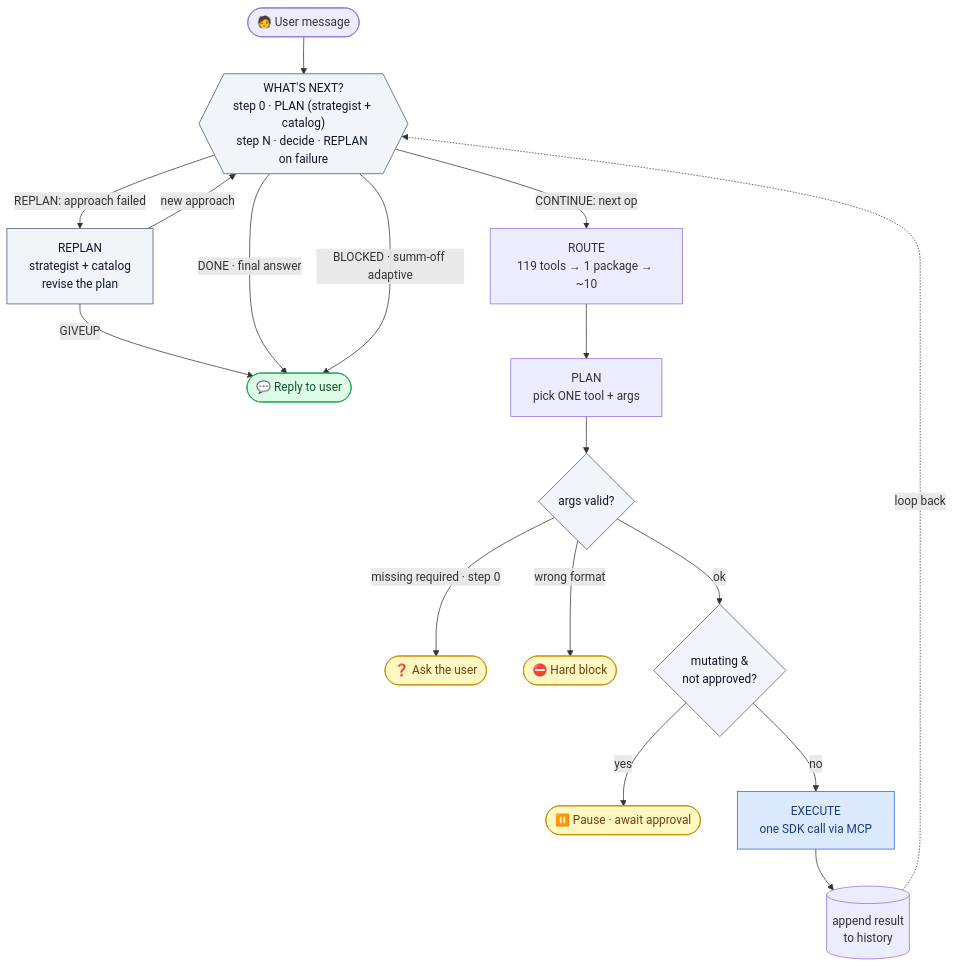
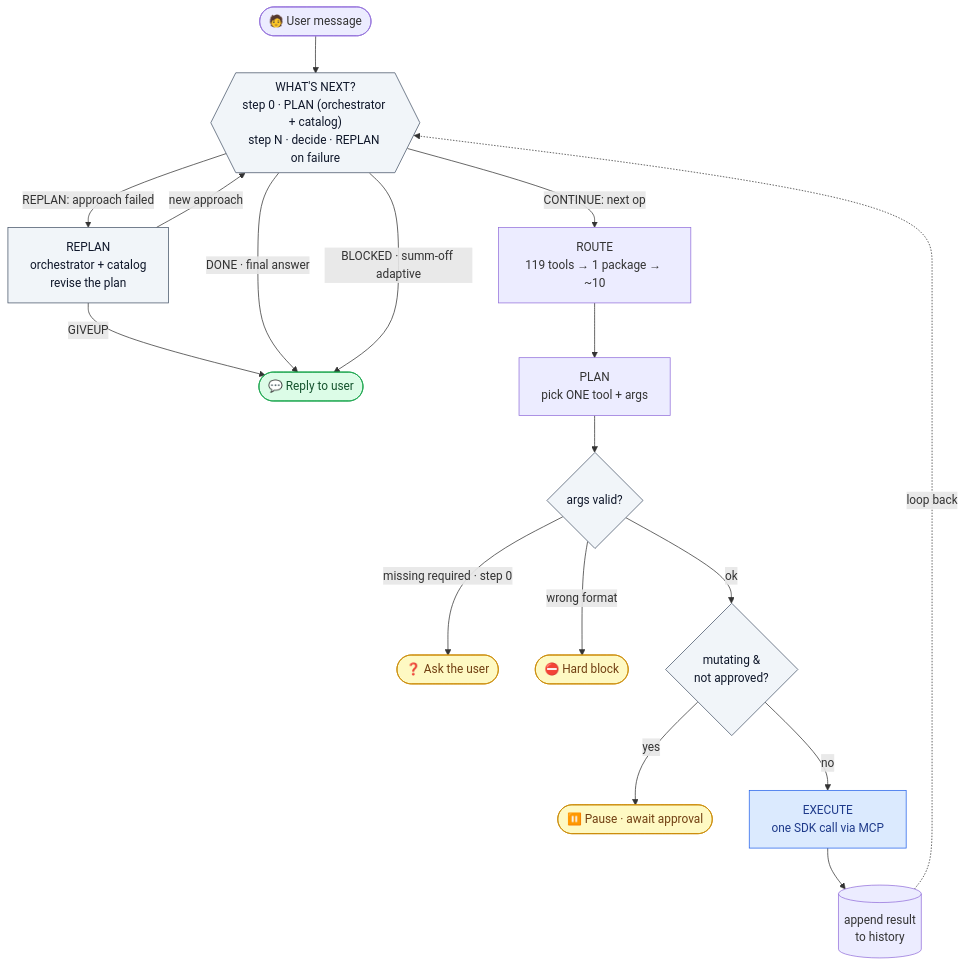
Before and after one commit to hnegi01/fes-assistant: the second of 2 diagrams in AGENT_ARCHITECTURE.md, drawn with Mermaid. The commit also changed other lines of this file, not shown here.

First line of the commit message:
docs: adopt industry terminology — orchestrator / executor / critic

````diff
--- a/AGENT_ARCHITECTURE.md
+++ b/AGENT_ARCHITECTURE.md
@@ -67,37 +112,37 @@
 ```mermaid
 flowchart TD
     U(["🧑 User message"]) --> WN
 
-    WN{{"WHAT'S NEXT?<br/>step 0 · PLAN (strategist + catalog)<br/>step N · decide · REPLAN on failure"}}
-    WN -->|"REPLAN: approach failed"| RP["REPLAN<br/>strategist + catalog<br/>revise the plan"]
+    WN{{"WHAT'S NEXT?<br/>step 0 · PLAN (orchestrator + catalog)<br/>step N · decide · REPLAN on failure"}}
+    WN -->|"REPLAN: approach failed"| RP["REPLAN<br/>orchestrator + catalog<br/>revise the plan"]
     RP -->|"new approach"| WN
     RP -->|"GIVEUP"| ANS
     WN -->|"DONE · final answer"| ANS(["💬 Reply to user"])
     WN -->|"BLOCKED · summ-off adaptive"| ANS
     WN -->|"CONTINUE: next op"| RT
 
     RT["ROUTE<br/>119 tools → 1 package → ~10"] --> PL
     PL["PLAN<br/>pick ONE tool + args"] --> VAL
 
     VAL{"args valid?"}
     VAL -->|"missing required · step 0"| ASK(["❓ Ask the user"])
     VAL -->|"wrong format"| BLK(["⛔ Hard block"])
     VAL -->|"ok"| GT
 
     GT{"mutating &<br/>not approved?"}
     GT -->|"yes"| APR(["⏸️ Pause · await approval"])
     GT -->|"no"| EX
 
     EX["EXECUTE<br/>one SDK call via MCP"] --> HI[("append result<br/>to history")]
     HI -. loop back .-> WN
 
     classDef term fill:#dcfce7,stroke:#16a34a,color:#14532d;
     classDef pause fill:#fef9c3,stroke:#ca8a04,color:#713f12;
     classDef exec fill:#dbeafe,stroke:#2563eb,color:#1e3a8a;
     classDef dec fill:#f1f5f9,stroke:#475569,color:#0f172a;
     class ANS term
     class ASK,BLK,APR pause
     class EX exec
     class WN,VAL,GT dec
     class RP dec
 ```
````
